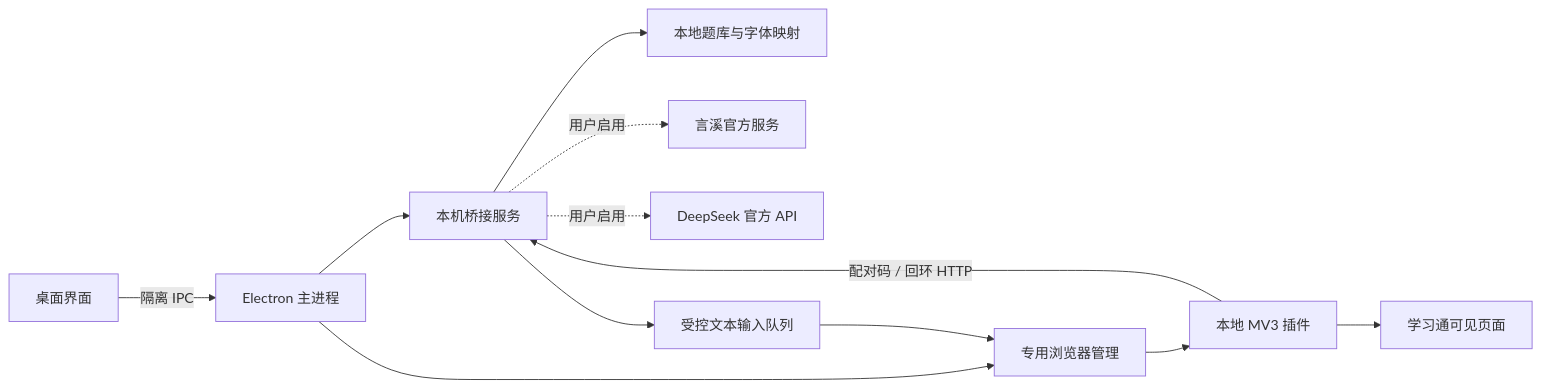
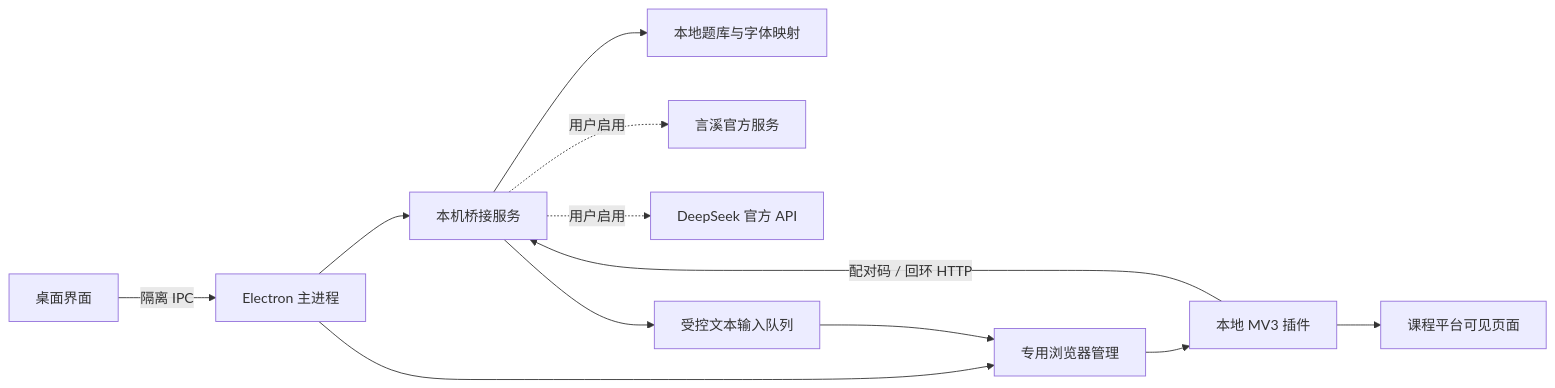
Before and after one commit to xiaopeng77777/CourseBridge: the diagram in docs/ARCHITECTURE.md, drawn with Mermaid. The commit also changed other lines of this file and 7 other files, not shown here.

````diff
--- a/docs/ARCHITECTURE.md
+++ b/docs/ARCHITECTURE.md
@@ -5,14 +5,14 @@
 ```mermaid
 flowchart LR
   U[桌面界面] -->|隔离 IPC| M[Electron 主进程]
   M --> B[本机桥接服务]
   M --> C[专用浏览器管理]
   C --> X[本地 MV3 插件]
   X -->|配对码 / 回环 HTTP| B
-  X --> P[学习通可见页面]
+  X --> P[课程平台可见页面]
   B --> L[本地题库与字体映射]
   B -. 用户启用 .-> E[言溪官方服务]
   B -. 用户启用 .-> D[DeepSeek 官方 API]
   B --> T[受控文本输入队列]
   T --> C
 ```
````
